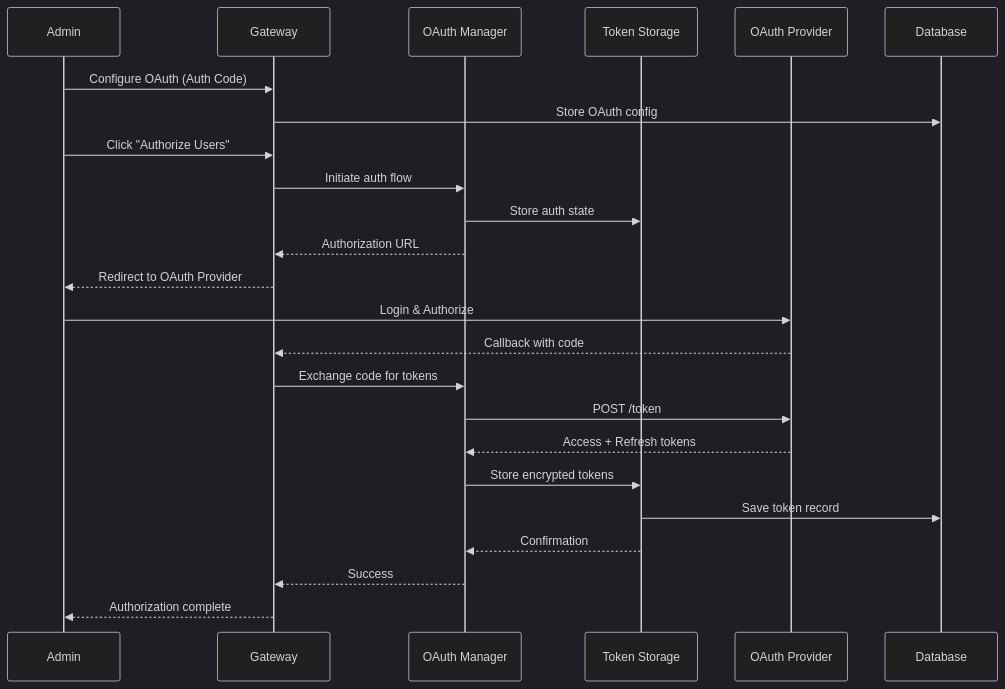
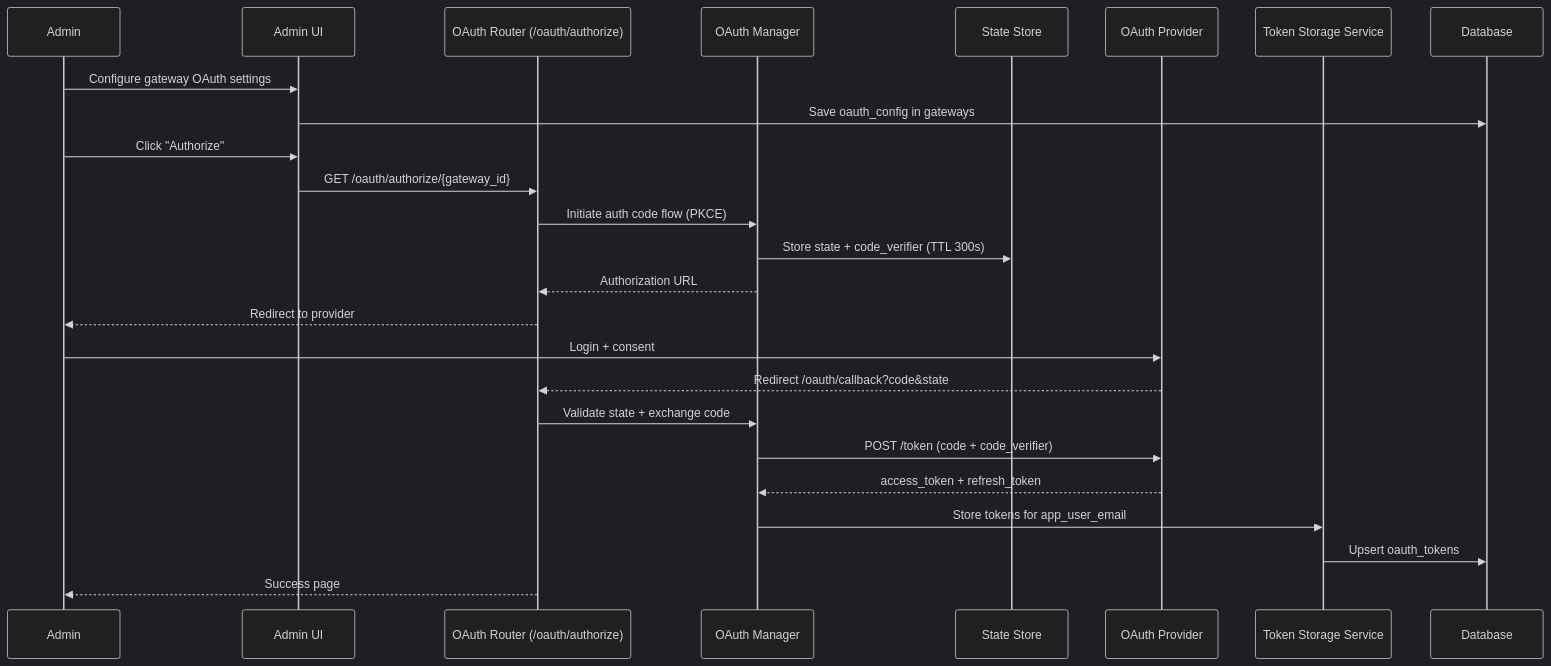
One commit to tedhabeck/mcp-context-forge changed the second of 3 diagrams in docs/docs/architecture/oauth-authorization-code-ui-design.md. Above: the diagram before and after it, drawn with Mermaid (dark theme). The commit also changed other lines of this file and 147 other files, not shown here.

First line of the commit message:
docs: refresh docs formatting, links, and diagrams (#2624)

````diff
--- a/docs/docs/architecture/oauth-authorization-code-ui-design.md
+++ b/docs/docs/architecture/oauth-authorization-code-ui-design.md
@@ -581,30 +140,30 @@
 ```mermaid
 sequenceDiagram
     participant Admin
-    participant Gateway
-    participant OAuth Manager
-    participant Token Storage
-    participant OAuth Provider
-    participant Database
+    participant UI as Admin UI
+    participant Gateway as OAuth Router (/oauth/authorize)
+    participant OAuthMgr as OAuth Manager
+    participant StateStore as State Store
+    participant Provider as OAuth Provider
+    participant TokenStore as Token Storage Service
+    participant DB as Database
 
-    Admin->>Gateway: Configure OAuth (Auth Code)
-    Gateway->>Database: Store OAuth config
+    Admin->>UI: Configure gateway OAuth settings
+    UI->>DB: Save oauth_config in gateways
 
-    Admin->>Gateway: Click "Authorize Users"
-    Gateway->>OAuth Manager: Initiate auth flow
-    OAuth Manager->>Token Storage: Store auth state
-    OAuth Manager-->>Gateway: Authorization URL
-    Gateway-->>Admin: Redirect to OAuth Provider
+    Admin->>UI: Click "Authorize"
+    UI->>Gateway: GET /oauth/authorize/{gateway_id}
+    Gateway->>OAuthMgr: Initiate auth code flow (PKCE)
+    OAuthMgr->>StateStore: Store state + code_verifier (TTL 300s)
+    OAuthMgr-->>Gateway: Authorization URL
+    Gateway-->>Admin: Redirect to provider
 
-    Admin->>OAuth Provider: Login & Authorize
-    OAuth Provider-->>Gateway: Callback with code
-    Gateway->>OAuth Manager: Exchange code for tokens
-    OAuth Manager->>OAuth Provider: POST /token
-    OAuth Provider-->>OAuth Manager: Access + Refresh tokens
-
-    OAuth Manager->>Token Storage: Store encrypted tokens
-    Token Storage->>Database: Save token record
-    Token Storage-->>OAuth Manager: Confirmation
-    OAuth Manager-->>Gateway: Success
-    Gateway-->>Admin: Authorization complete
+    Admin->>Provider: Login + consent
+    Provider-->>Gateway: Redirect /oauth/callback?code&state
+    Gateway->>OAuthMgr: Validate state + exchange code
+    OAuthMgr->>Provider: POST /token (code + code_verifier)
+    Provider-->>OAuthMgr: access_token + refresh_token
+    OAuthMgr->>TokenStore: Store tokens for app_user_email
+    TokenStore->>DB: Upsert oauth_tokens
+    Gateway-->>Admin: Success page
 ```
````
